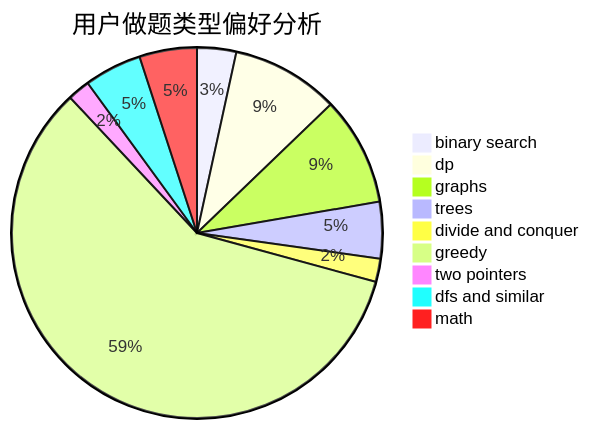
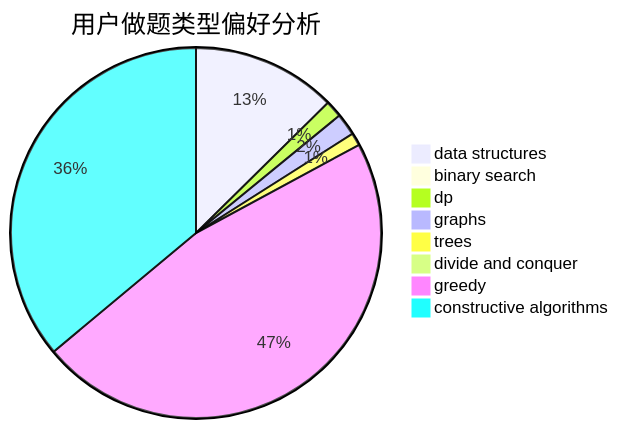
The second of 3 diagrams in docs/user/u549.md (sherpahu/cfrs.github.io), drawn with Mermaid before and after one commit. The commit also changed other lines of this file and 2775 other files, not shown here.

````diff
--- a/docs/user/u549.md
+++ b/docs/user/u549.md
@@ -23,12 +23,11 @@
 ```mermaid
 pie title 用户做题类型偏好分析
-    "binary search" :  49
-    "dp" :  135
-    "graphs" :  136
-    "trees" :  71
-    "divide and conquer" :  29
-    "greedy" :  844
-    "two pointers" :  28
-    "dfs and similar" :  72
-    "math" :  72
+    "data structures" :  137
+    "binary search" :  0
+    "dp" :  16
+    "graphs" :  21
+    "trees" :  12
+    "divide and conquer" :  6
+    "greedy" :  509
+    "constructive algorithms" :  392
 ```
````
